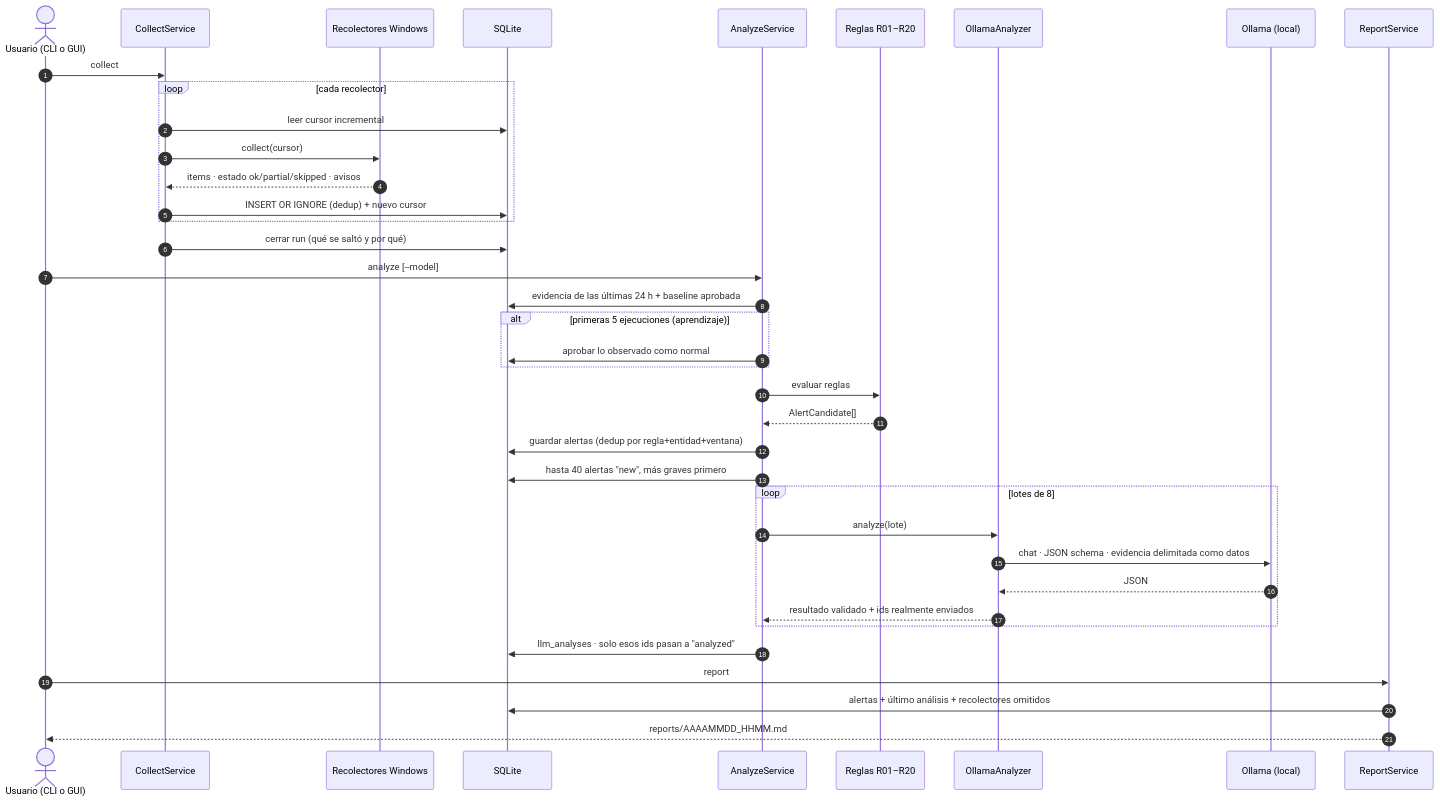
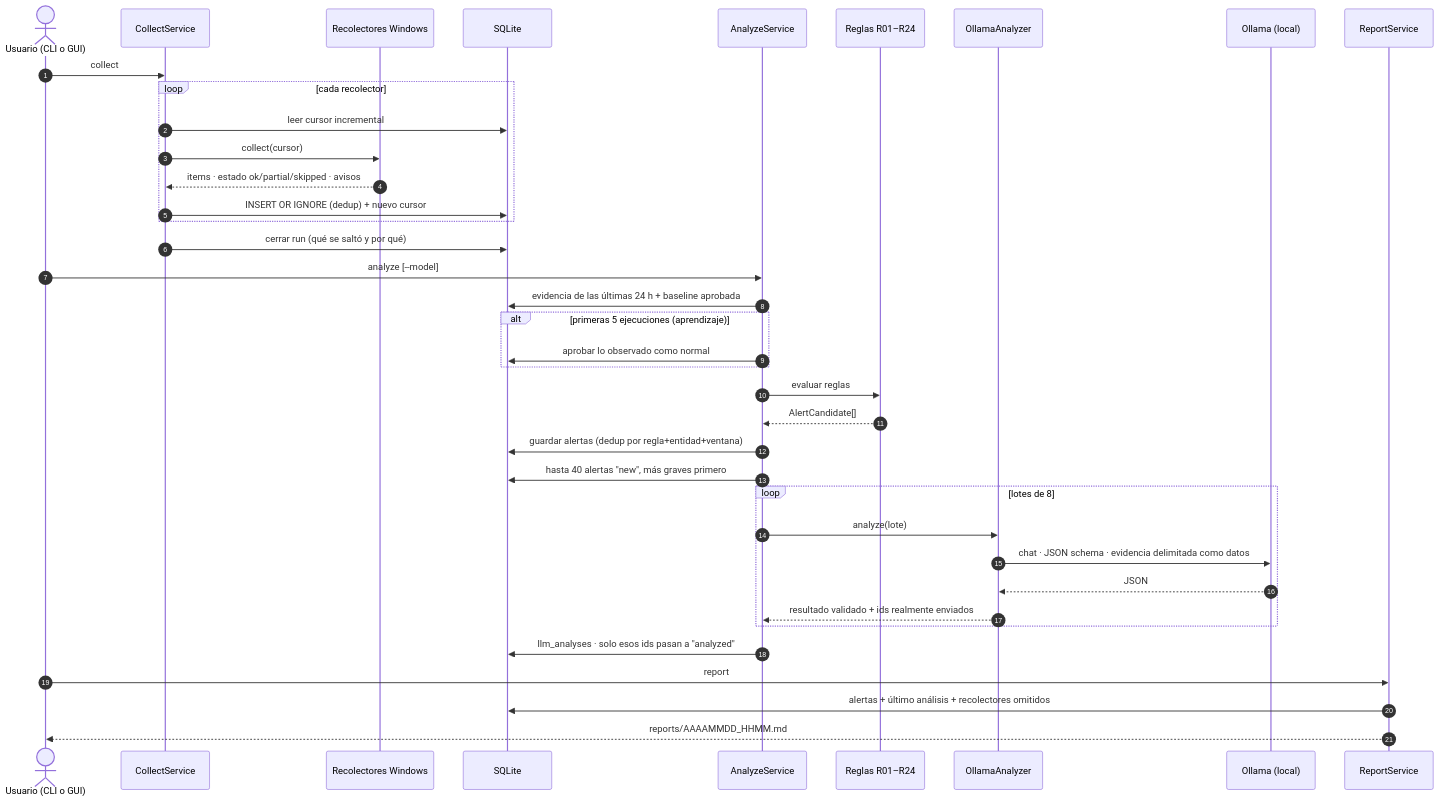
One commit to lindecode/Atalaya changed the third of 8 diagrams in README/README.arqu.md. Above: the diagram before and after it, drawn with Mermaid. The commit also changed other lines of this file and 21 other files, not shown here.

````diff
--- a/README/README.arqu.md
+++ b/README/README.arqu.md
@@ -115,43 +115,43 @@
 ```mermaid
 sequenceDiagram
     autonumber
     actor U as Usuario (CLI o GUI)
     participant C as CollectService
     participant W as Recolectores Windows
     participant DB as SQLite
     participant A as AnalyzeService
-    participant R as Reglas R01–R20
+    participant R as Reglas R01–R24
     participant L as OllamaAnalyzer
     participant O as Ollama (local)
     participant Rep as ReportService
 
     U->>C: collect
     loop cada recolector
         C->>DB: leer cursor incremental
         C->>W: collect(cursor)
         W-->>C: items · estado ok/partial/skipped · avisos
         C->>DB: INSERT OR IGNORE (dedup) + nuevo cursor
     end
     C->>DB: cerrar run (qué se saltó y por qué)
 
     U->>A: analyze [--model]
     A->>DB: evidencia de las últimas 24 h + baseline aprobada
     alt primeras 5 ejecuciones (aprendizaje)
         A->>DB: aprobar lo observado como normal
     end
     A->>R: evaluar reglas
     R-->>A: AlertCandidate[]
     A->>DB: guardar alertas (dedup por regla+entidad+ventana)
     A->>DB: hasta 40 alertas "new", más graves primero
     loop lotes de 8
         A->>L: analyze(lote)
         L->>O: chat · JSON schema · evidencia delimitada como datos
         O-->>L: JSON
         L-->>A: resultado validado + ids realmente enviados
     end
     A->>DB: llm_analyses · solo esos ids pasan a "analyzed"
 
     U->>Rep: report
     Rep->>DB: alertas + último análisis + recolectores omitidos
     Rep-->>U: reports/AAAAMMDD_HHMM.md
 ```
````
